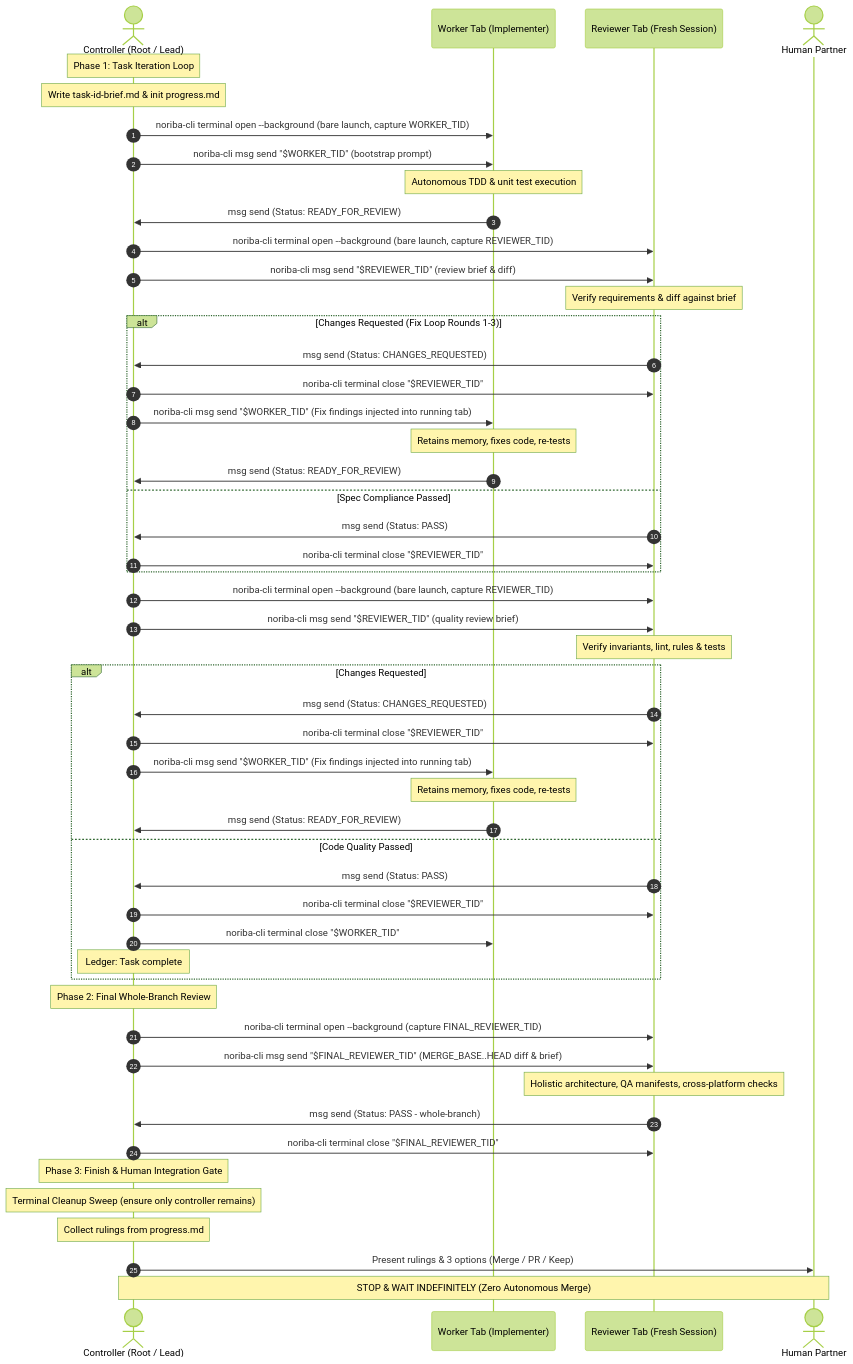
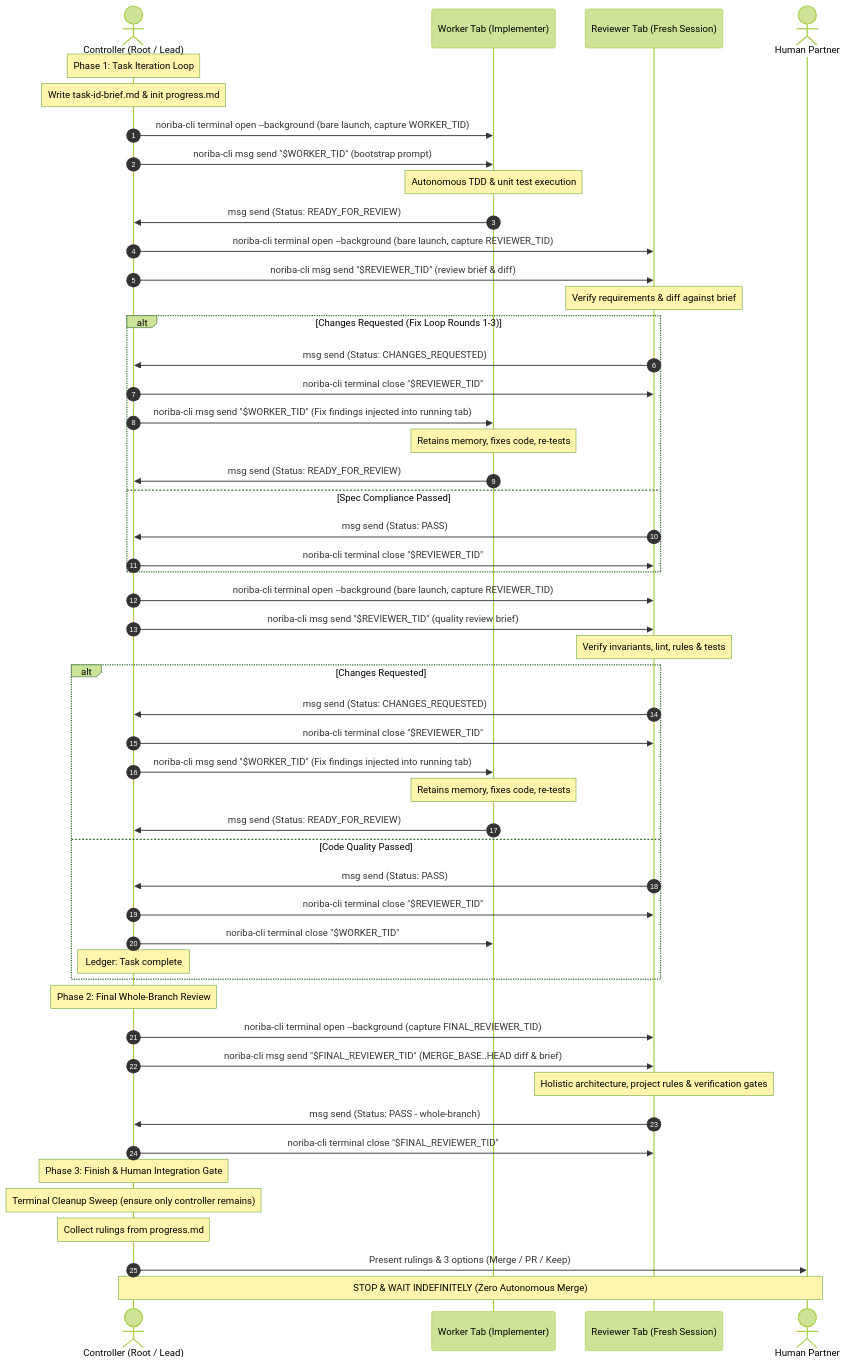
One commit to yoichiro/dotfiles changed the diagram in claude/skills/noriba-subagent-driven-development/SKILL.md. Above: the diagram before and after it, drawn with Mermaid (forest theme). The commit also changed other lines of this file and 5 other files, not shown here.

````diff
--- a/claude/skills/noriba-subagent-driven-development/SKILL.md
+++ b/claude/skills/noriba-subagent-driven-development/SKILL.md
@@ -35,58 +37,58 @@
 ```mermaid
 sequenceDiagram
     autonumber
     actor Controller as Controller (Root / Lead)
     participant Worker as Worker Tab (Implementer)
     participant Reviewer as Reviewer Tab (Fresh Session)
     actor Human as Human Partner
 
     Note over Controller: Phase 1: Task Iteration Loop
     Note over Controller: Write task-id-brief.md & init progress.md
     Controller->>Worker: noriba-cli terminal open --background (bare launch, capture WORKER_TID)
     Controller->>Worker: noriba-cli msg send "$WORKER_TID" (bootstrap prompt)
     Note over Worker: Autonomous TDD & unit test execution
     Worker->>Controller: msg send (Status: READY_FOR_REVIEW)
     
     Controller->>Reviewer: noriba-cli terminal open --background (bare launch, capture REVIEWER_TID)
     Controller->>Reviewer: noriba-cli msg send "$REVIEWER_TID" (review brief & diff)
     Note over Reviewer: Verify requirements & diff against brief
     alt Changes Requested (Fix Loop Rounds 1-3)
         Reviewer->>Controller: msg send (Status: CHANGES_REQUESTED)
         Controller->>Reviewer: noriba-cli terminal close "$REVIEWER_TID"
         Controller->>Worker: noriba-cli msg send "$WORKER_TID" (Fix findings injected into running tab)
         Note over Worker: Retains memory, fixes code, re-tests
         Worker->>Controller: msg send (Status: READY_FOR_REVIEW)
     else Spec Compliance Passed
         Reviewer->>Controller: msg send (Status: PASS)
         Controller->>Reviewer: noriba-cli terminal close "$REVIEWER_TID"
     end
 
     Controller->>Reviewer: noriba-cli terminal open --background (bare launch, capture REVIEWER_TID)
     Controller->>Reviewer: noriba-cli msg send "$REVIEWER_TID" (quality review brief)
     Note over Reviewer: Verify invariants, lint, rules & tests
     alt Changes Requested
         Reviewer->>Controller: msg send (Status: CHANGES_REQUESTED)
         Controller->>Reviewer: noriba-cli terminal close "$REVIEWER_TID"
         Controller->>Worker: noriba-cli msg send "$WORKER_TID" (Fix findings injected into running tab)
         Note over Worker: Retains memory, fixes code, re-tests
         Worker->>Controller: msg send (Status: READY_FOR_REVIEW)
     else Code Quality Passed
         Reviewer->>Controller: msg send (Status: PASS)
         Controller->>Reviewer: noriba-cli terminal close "$REVIEWER_TID"
         Controller->>Worker: noriba-cli terminal close "$WORKER_TID"
         Note over Controller: Ledger: Task complete
     end
 
     Note over Controller: Phase 2: Final Whole-Branch Review
     Controller->>Reviewer: noriba-cli terminal open --background (capture FINAL_REVIEWER_TID)
     Controller->>Reviewer: noriba-cli msg send "$FINAL_REVIEWER_TID" (MERGE_BASE..HEAD diff & brief)
-    Note over Reviewer: Holistic architecture, QA manifests, cross-platform checks
+    Note over Reviewer: Holistic architecture, project rules & verification gates
     Reviewer->>Controller: msg send (Status: PASS - whole-branch)
     Controller->>Reviewer: noriba-cli terminal close "$FINAL_REVIEWER_TID"
 
     Note over Controller: Phase 3: Finish & Human Integration Gate
     Note over Controller: Terminal Cleanup Sweep (ensure only controller remains)
     Note over Controller: Collect rulings from progress.md
     Controller->>Human: Present rulings & 3 options (Merge / PR / Keep)
     Note over Controller,Human: STOP & WAIT INDEFINITELY (Zero Autonomous Merge)
 ```
````
